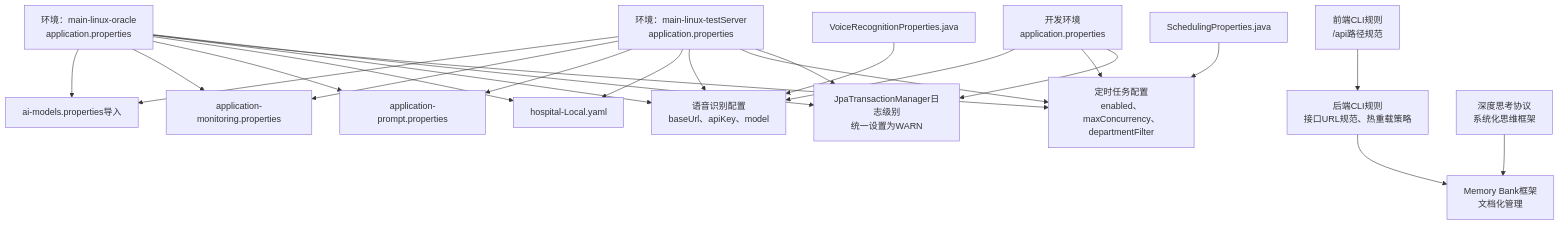
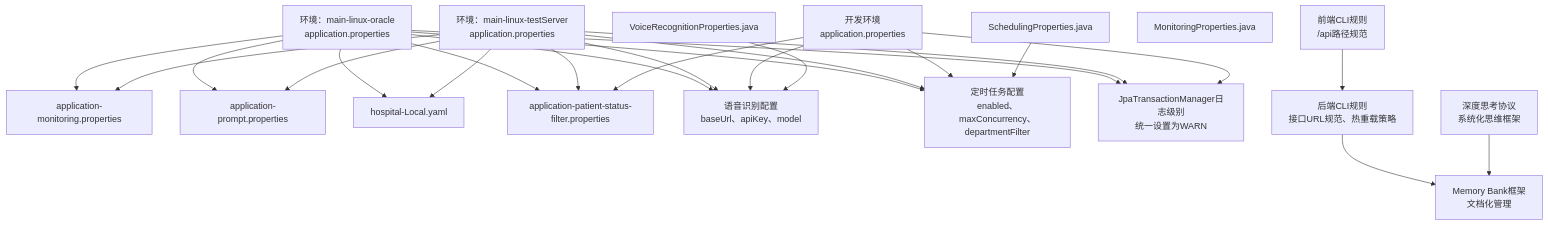
One commit to liuzh2008/med_ai_assistant_workspace changed the second of 3 diagrams in .qoder/repowiki/zh/content/配置管理/配置管理.md. Above: the diagram before and after it, drawn with Mermaid. The commit also changed other lines of this file and 3 other files, not shown here.

````diff
--- a/.qoder/repowiki/zh/content/配置管理/配置管理.md
+++ b/.qoder/repowiki/zh/content/配置管理/配置管理.md
@@ -198,41 +210,43 @@
 ```mermaid
 graph TB
 ENV_ORA["环境：main-linux-oracle<br/>application.properties"]
 ENV_TEST["环境：main-linux-testServer<br/>application.properties"]
 DEV_ENV["开发环境<br/>application.properties"]
-AI_ORA["ai-models.properties导入"]
 MONITOR["application-monitoring.properties"]
 PROMPT["application-prompt.properties"]
 HOSP["hospital-Local.yaml"]
 VOICE_CLASS["VoiceRecognitionProperties.java"]
 SCHEDULING_CLASS["SchedulingProperties.java"]
+MONITORING_CLASS["MonitoringProperties.java"]
+FILTER_CONFIG["application-patient-status-filter.properties"]
 VOICE_CONFIG["语音识别配置<br/>baseUrl、apiKey、model"]
 SCHEDULING_CONFIG["定时任务配置<br/>enabled、maxConcurrency、departmentFilter"]
 TXN_LEVEL["JpaTransactionManager日志级别<br/>统一设置为WARN"]
 CLI_BACKEND["后端CLI规则<br/>接口URL规范、热重载策略"]
 CLI_FRONTEND["前端CLI规则<br/>/api路径规范"]
 MEMORY_BANK["Memory Bank框架<br/>文档化管理"]
 THINK_PROTOCOL["深度思考协议<br/>系统化思维框架"]
-ENV_ORA --> AI_ORA
-ENV_TEST --> AI_ORA
 ENV_ORA --> MONITOR
 ENV_TEST --> MONITOR
 ENV_ORA --> PROMPT
 ENV_TEST --> PROMPT
 ENV_ORA --> HOSP
 ENV_TEST --> HOSP
 ENV_ORA --> VOICE_CONFIG
 ENV_TEST --> VOICE_CONFIG
 DEV_ENV --> VOICE_CONFIG
 VOICE_CLASS --> VOICE_CONFIG
 ENV_ORA --> SCHEDULING_CONFIG
 ENV_TEST --> SCHEDULING_CONFIG
 DEV_ENV --> SCHEDULING_CONFIG
 SCHEDULING_CLASS --> SCHEDULING_CONFIG
 ENV_ORA --> TXN_LEVEL
 ENV_TEST --> TXN_LEVEL
 DEV_ENV --> TXN_LEVEL
+ENV_ORA --> FILTER_CONFIG
+ENV_TEST --> FILTER_CONFIG
+DEV_ENV --> FILTER_CONFIG
 CLI_BACKEND --> MEMORY_BANK
 CLI_FRONTEND --> CLI_BACKEND
 THINK_PROTOCOL --> MEMORY_BANK
 ```
````
